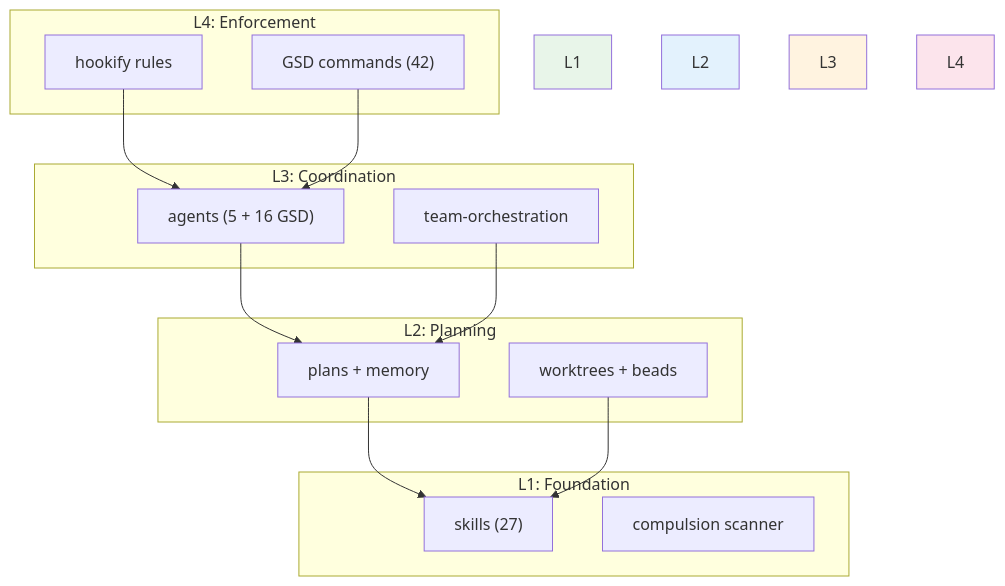
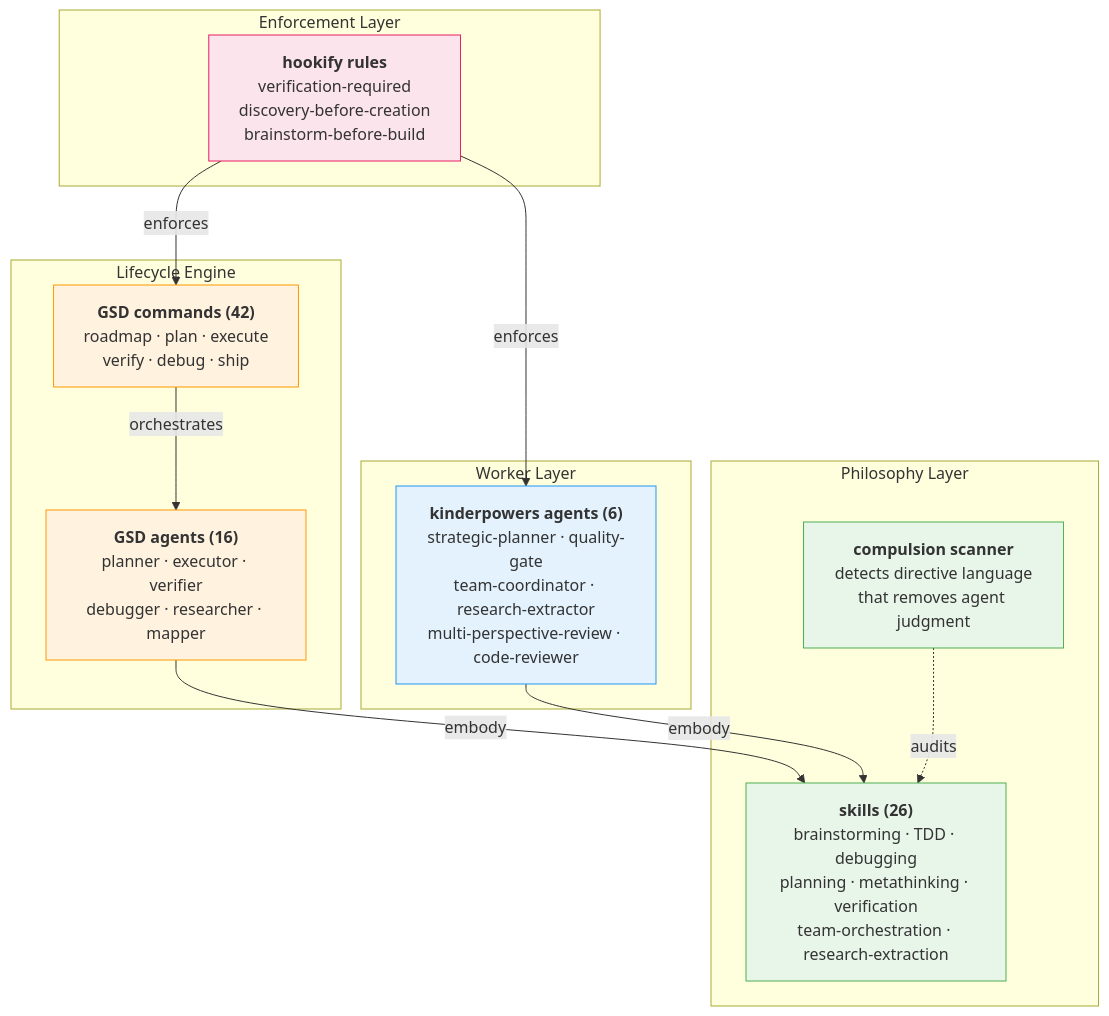
The second of 2 diagrams in README.md (jw409/kinderpowers), drawn with Mermaid before and after one commit. The commit also changed other lines of this file and 4 other files, not shown here.

````diff
--- a/README.md
+++ b/README.md
@@ -182,29 +284,34 @@
 ```mermaid
 graph TB
-    subgraph "L4: Enforcement"
-        hookify["hookify rules"]
-        gsd_cmds["GSD commands (42)"]
+    subgraph "Enforcement Layer"
+        hookify["<b>hookify rules</b><br/>verification-required<br/>discovery-before-creation<br/>brainstorm-before-build"]
     end
-    subgraph "L3: Coordination"
-        agents["agents (5 + 16 GSD)"]
-        team["team-orchestration"]
+
+    subgraph "Lifecycle Engine"
+        gsd_cmds["<b>GSD commands (42)</b><br/>roadmap · plan · execute<br/>verify · debug · ship"]
+        gsd_agents["<b>GSD agents (16)</b><br/>planner · executor · verifier<br/>debugger · researcher · mapper"]
     end
-    subgraph "L2: Planning"
-        plans["plans + memory"]
-        worktrees["worktrees + beads"]
+
+    subgraph "Worker Layer"
+        kp_agents["<b>kinderpowers agents (6)</b><br/>strategic-planner · quality-gate<br/>team-coordinator · research-extractor<br/>multi-perspective-review · code-reviewer"]
     end
-    subgraph "L1: Foundation"
-        skills["skills (27)"]
-        scanner["compulsion scanner"]
+
+    subgraph "Philosophy Layer"
+        skills["<b>skills (26)</b><br/>brainstorming · TDD · debugging<br/>planning · metathinking · verification<br/>team-orchestration · research-extraction"]
+        scanner["<b>compulsion scanner</b><br/>detects directive language<br/>that removes agent judgment"]
     end
-    hookify --> agents
-    gsd_cmds --> agents
-    agents --> plans
-    team --> plans
-    plans --> skills
-    worktrees --> skills
-    style L1 fill:#e8f5e9
-    style L2 fill:#e3f2fd
-    style L3 fill:#fff3e0
-    style L4 fill:#fce4ec
+
+    hookify -->|"enforces"| gsd_cmds
+    hookify -->|"enforces"| kp_agents
+    gsd_cmds -->|"orchestrates"| gsd_agents
+    gsd_agents -->|"embody"| skills
+    kp_agents -->|"embody"| skills
+    scanner -.->|"audits"| skills
+
+    style hookify fill:#fce4ec,stroke:#e91e63
+    style gsd_cmds fill:#fff3e0,stroke:#ff9800
+    style gsd_agents fill:#fff3e0,stroke:#ff9800
+    style kp_agents fill:#e3f2fd,stroke:#2196f3
+    style skills fill:#e8f5e9,stroke:#4caf50
+    style scanner fill:#e8f5e9,stroke:#4caf50
 ```
````
